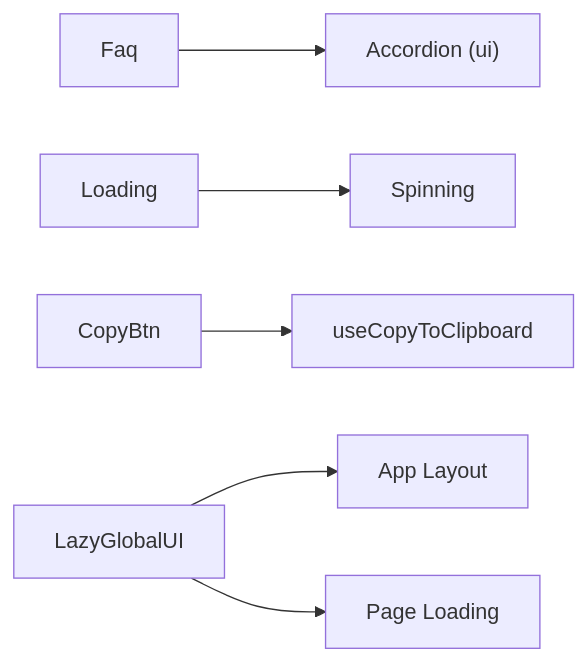
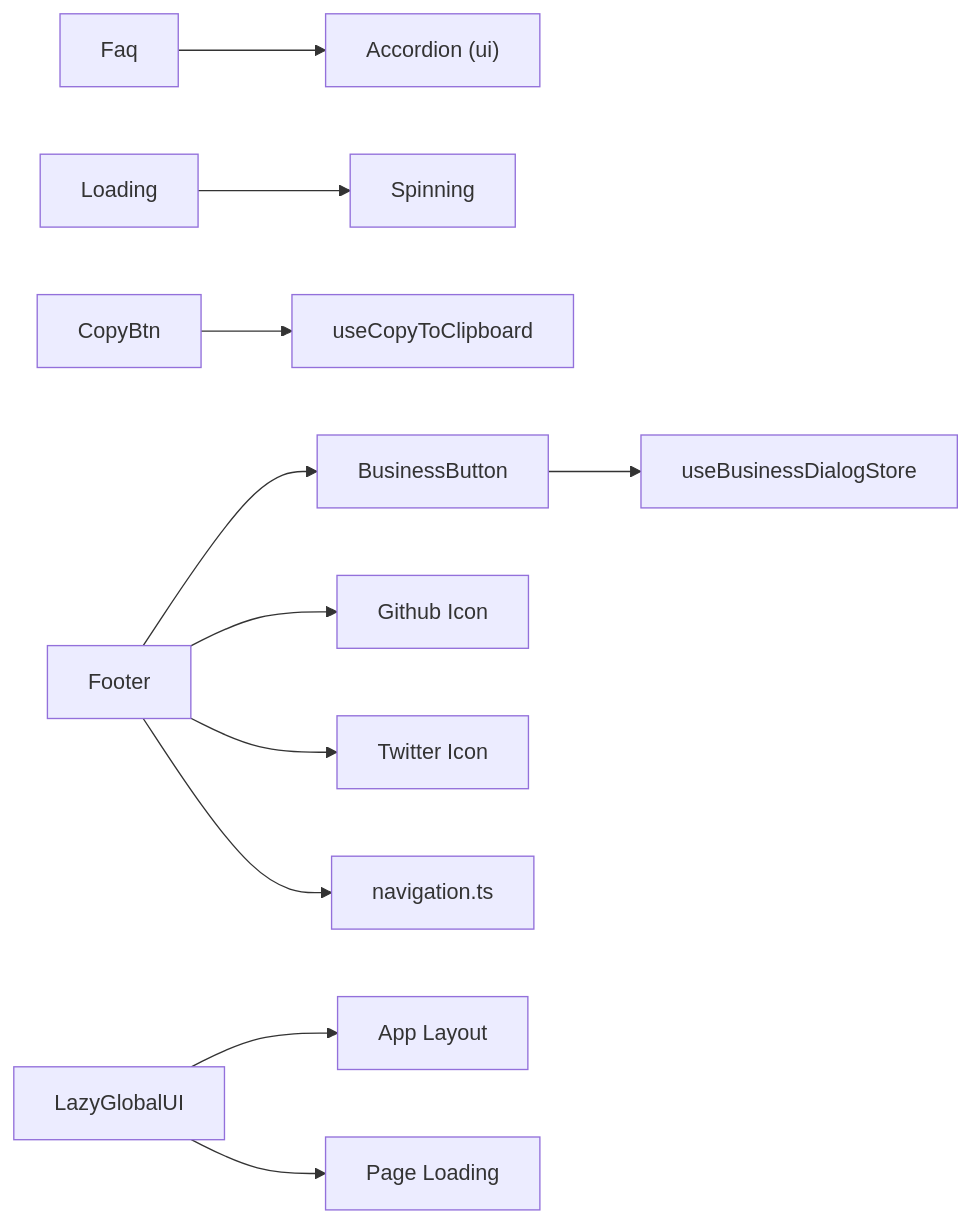
Before and after one commit to flaqai/flaq-saas-template: diagram 13 of 13 in .qoder/repowiki/en/content/Component Library.md, drawn with Mermaid. The commit also changed other lines of this file and 3 other files, not shown here.

````diff
--- a/.qoder/repowiki/en/content/Component Library.md
+++ b/.qoder/repowiki/en/content/Component Library.md
@@ -333,8 +496,13 @@
 ```mermaid
 graph LR
 FAQ["Faq"] --> ACC["Accordion (ui)"]
 LOAD["Loading"] --> SPIN["Spinning"]
 COPY["CopyBtn"] --> HOOK["useCopyToClipboard"]
+FOOTER["Footer"] --> BUSBTN["BusinessButton"]
+FOOTER --> GITHUB["Github Icon"]
+FOOTER --> TWITTER["Twitter Icon"]
+FOOTER --> NAV["navigation.ts"]
+BUSBTN --> DIALOG["useBusinessDialogStore"]
 LAZY["LazyGlobalUI"] --> LAYOUT["App Layout"]
 LAZY --> PAGELOAD["Page Loading"]
 ```
````
